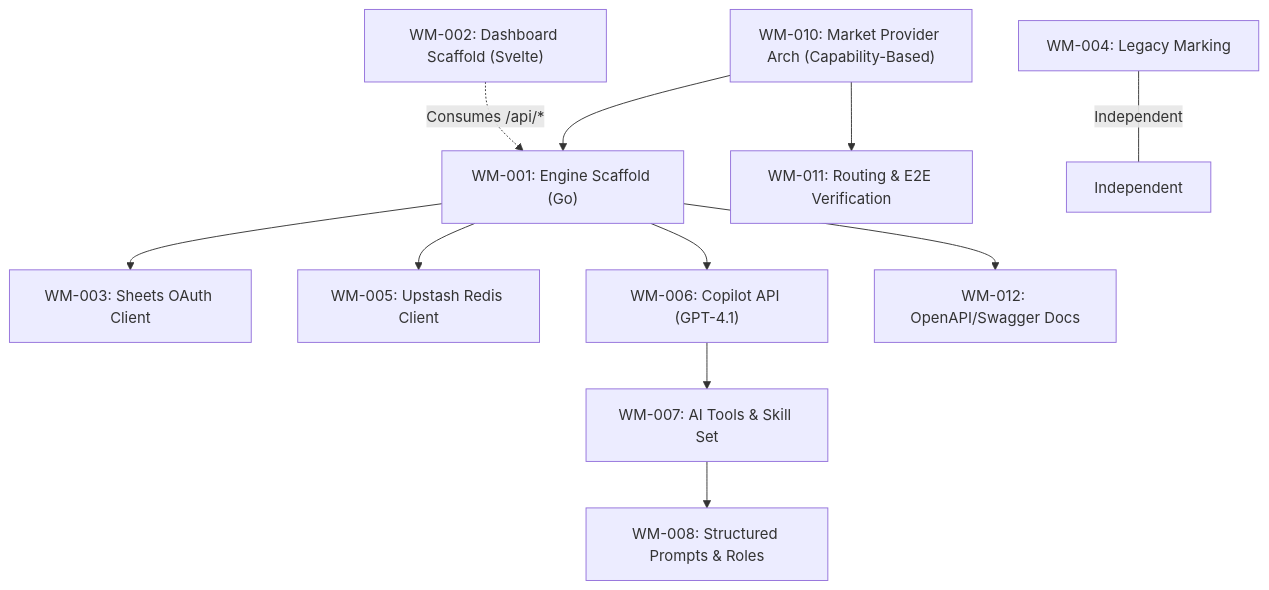
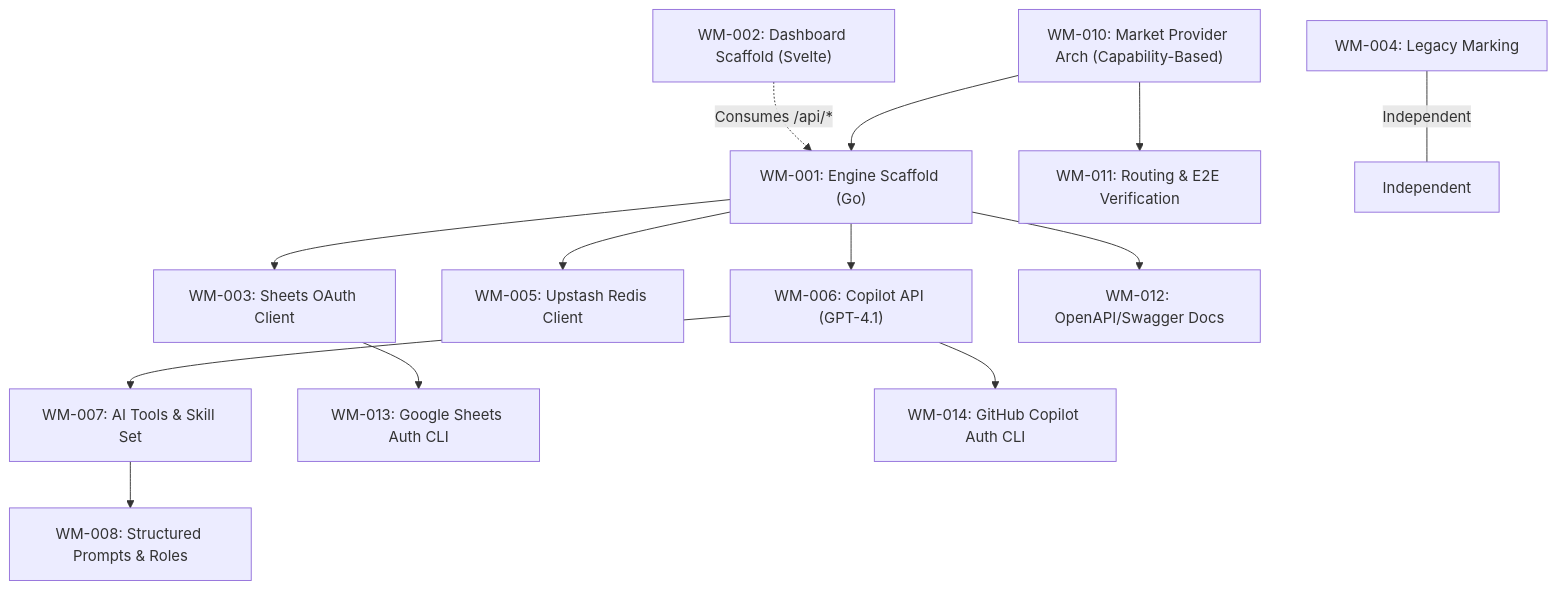
One commit to destngx/monorepo changed the diagram in docs/wealth-management/tasks/SPRINT_1/README.md. Above: the diagram before and after it, drawn with Mermaid. The commit also changed other lines of this file and 64 other files, not shown here.

````diff
--- a/docs/wealth-management/tasks/SPRINT_1/README.md
+++ b/docs/wealth-management/tasks/SPRINT_1/README.md
@@ -12,17 +12,20 @@
 ```mermaid
 graph TD
     WM-001["WM-001: Engine Scaffold (Go)"] --> WM-003["WM-003: Sheets OAuth Client"]
     WM-001 --> WM-005["WM-005: Upstash Redis Client"]
     WM-001 --> WM-006["WM-006: Copilot API (GPT-4.1)"]
 
     WM-006 --> WM-007["WM-007: AI Tools & Skill Set"]
     WM-007 --> WM-008["WM-008: Structured Prompts & Roles"]
 
     WM-002["WM-002: Dashboard Scaffold (Svelte)"] -.->|"Consumes /api/*"| WM-001
 
     WM-010["WM-010: Market Provider Arch (Capability-Based)"] --> WM-011["WM-011: Routing & E2E Verification"]
     WM-001 --> WM-012["WM-012: OpenAPI/Swagger Docs"]
     WM-010 --> WM-001
 
+    WM-003 --> WM-013["WM-013: Google Sheets Auth CLI"]
+    WM-006 --> WM-014["WM-014: GitHub Copilot Auth CLI"]
+
     WM-004["WM-004: Legacy Marking"] ---|"Independent"| Independent[Independent]
 ```
````
